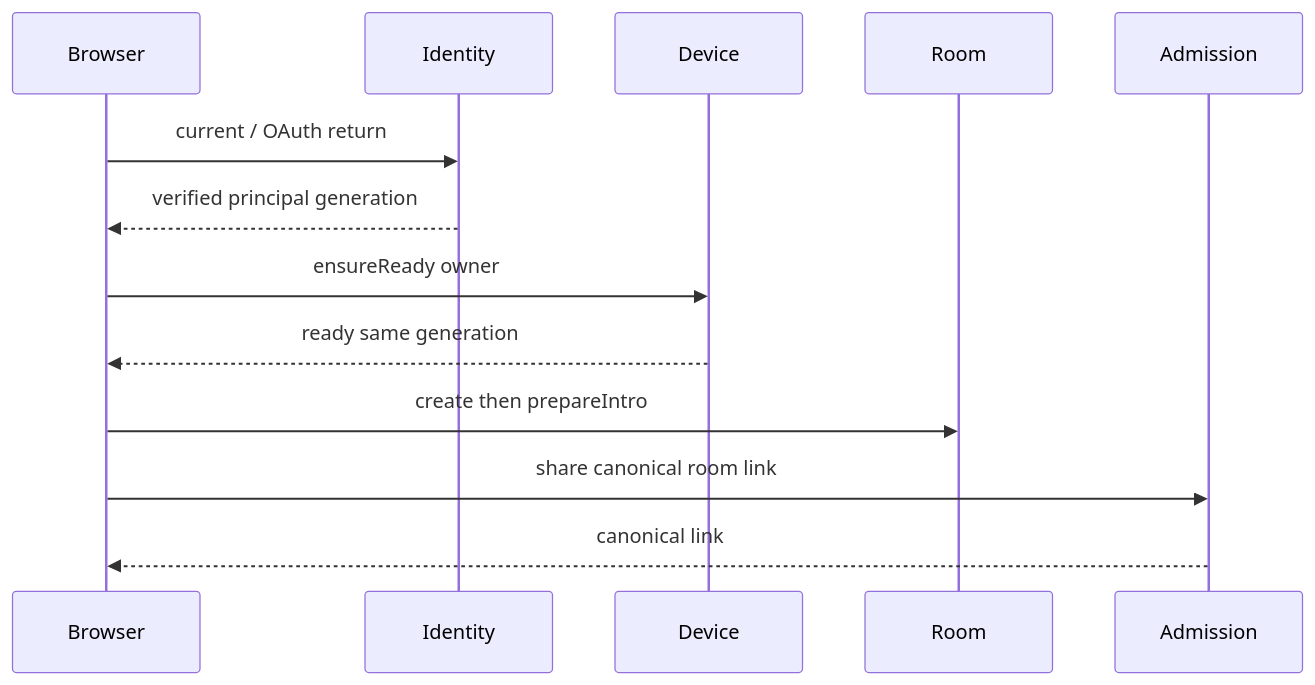
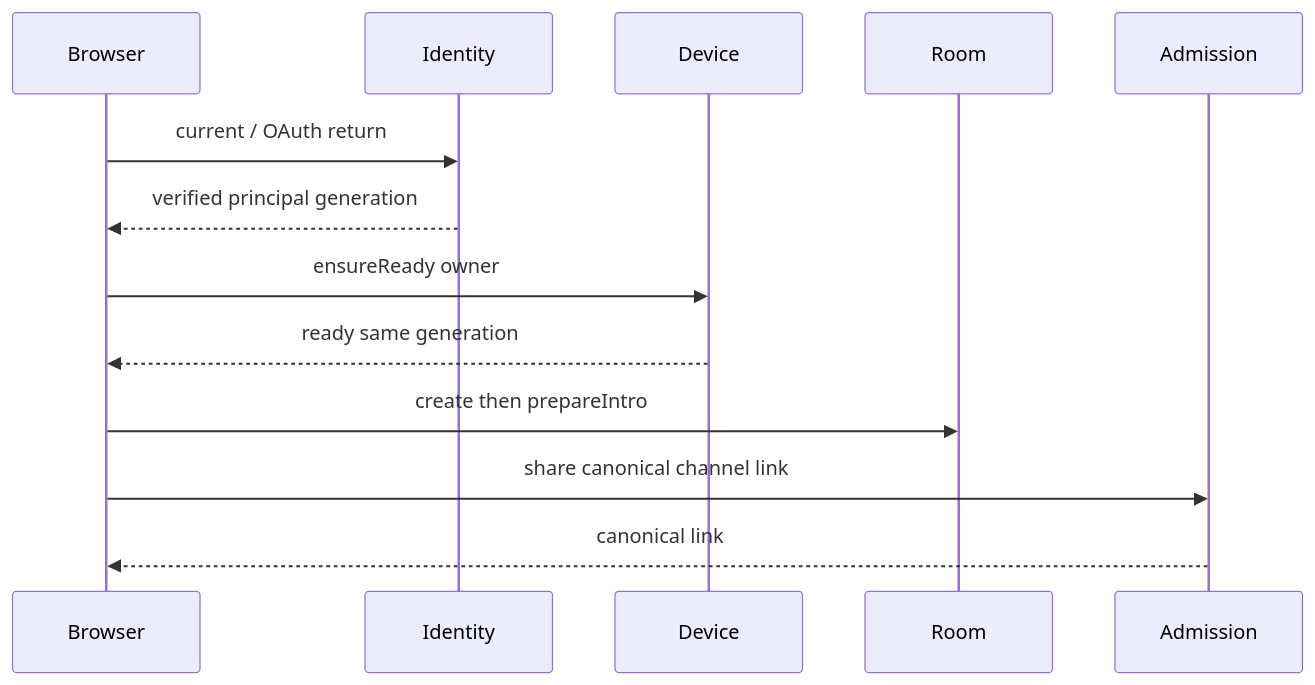
One commit to aiur-team/khala changed the second of 2 diagrams in docs/plans/2026-09-16-kha-132-human-flow-composition.md. Above: the diagram before and after it, drawn with Mermaid. The commit also changed other lines of this file and 211 other files, not shown here.

````diff
--- a/docs/plans/2026-09-16-kha-132-human-flow-composition.md
+++ b/docs/plans/2026-09-16-kha-132-human-flow-composition.md
@@ -118,15 +118,15 @@
 ```mermaid
 sequenceDiagram
   participant Browser
   participant Identity
   participant Device
   participant Room
   participant Admission
   Browser->>Identity: current / OAuth return
   Identity-->>Browser: verified principal generation
   Browser->>Device: ensureReady owner
   Device-->>Browser: ready same generation
   Browser->>Room: create then prepareIntro
-  Browser->>Admission: share canonical room link
+  Browser->>Admission: share canonical channel link
   Admission-->>Browser: canonical link
 ```
````
